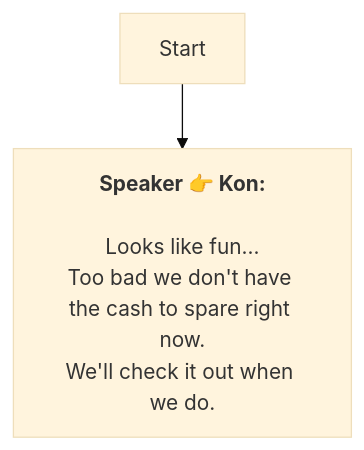
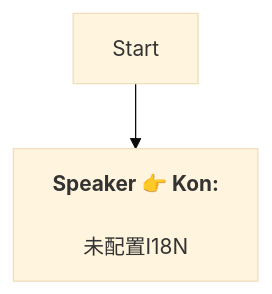
Before and after one commit to SoftHu/tos_avg: the diagram in En/QuestStartTalkENode_1739414719136994.md, drawn with Mermaid (base theme). The commit also changed 730 other files, not shown here.

````diff
--- a/En/QuestStartTalkENode_1739414719136994.md
+++ b/En/QuestStartTalkENode_1739414719136994.md
@@ -1,8 +1,6 @@
 ```mermaid
 graph
 Start -->1739414744571109[<b>Speaker 👉 Kon:</b>
-\nLooks like fun...
-Too bad we don't have the cash to spare right now.
-We'll check it out when we do.]
+\n未配置I18N]
 
 ```
````
